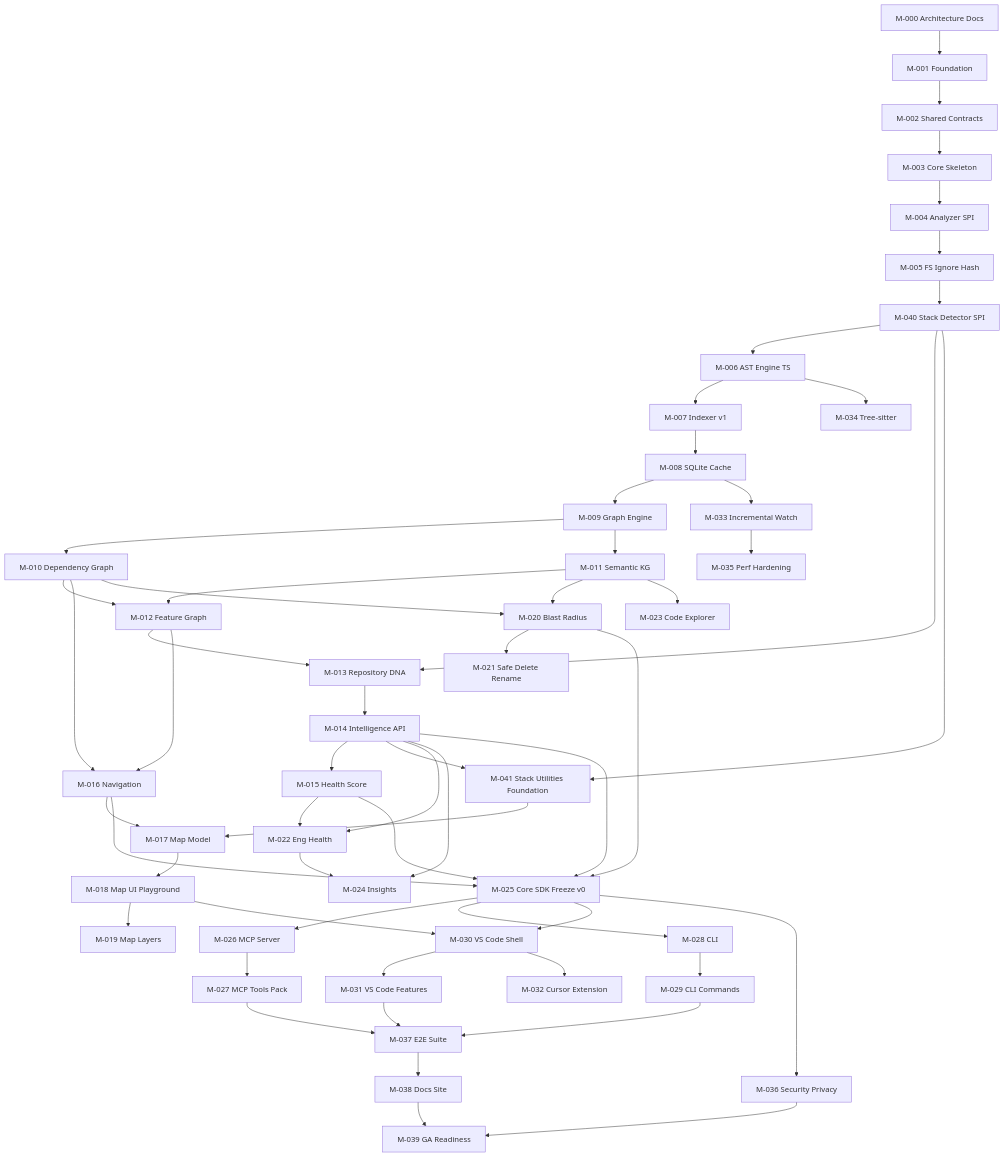
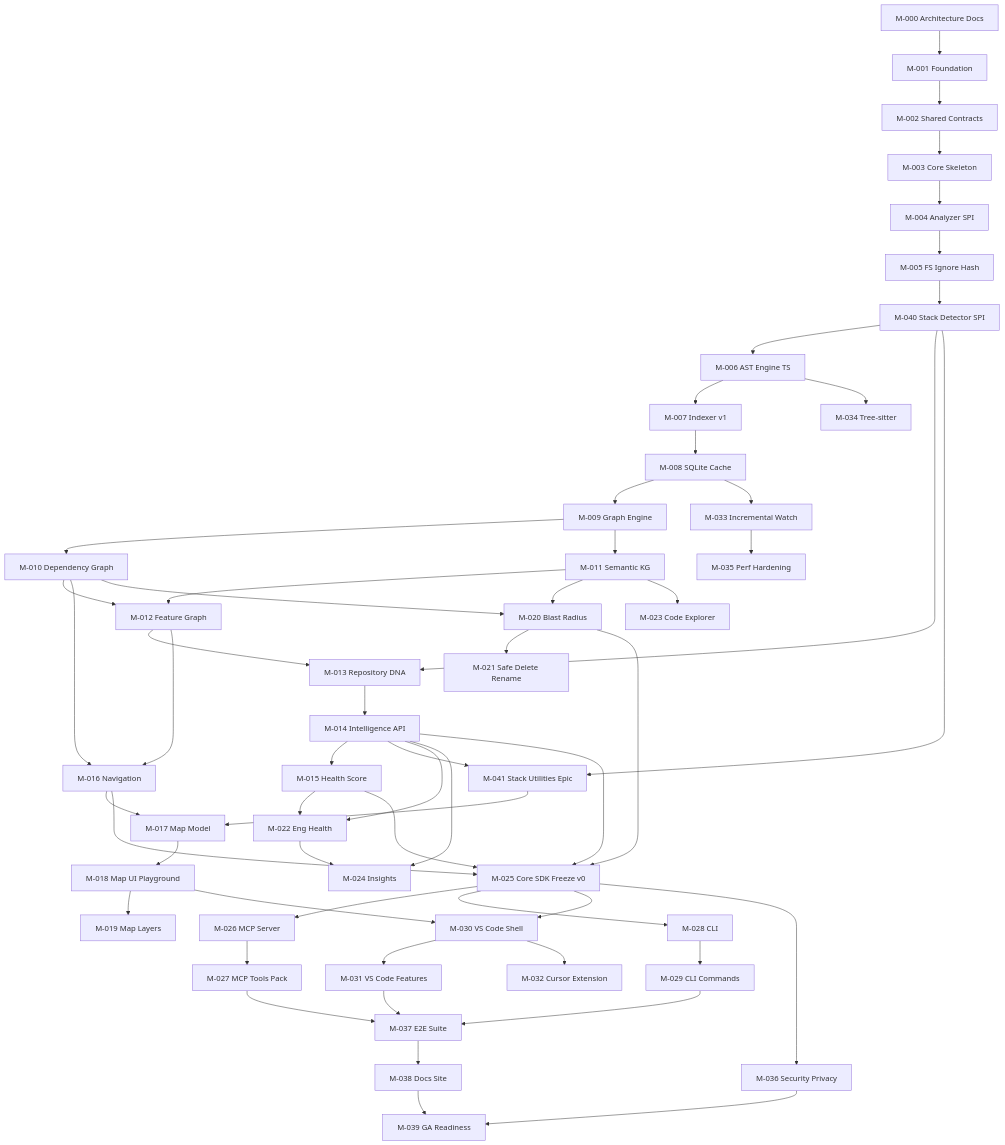
The diagram in plans/00_MASTER_DEVELOPMENT_PLAN.md (Shailesh200/prism), drawn with Mermaid before and after one commit. The commit also changed other lines of this file and 5 other files, not shown here.

First line of the commit message:
Expand M-041 into full stack-utilities epic with monorepo support.

````diff
--- a/plans/00_MASTER_DEVELOPMENT_PLAN.md
+++ b/plans/00_MASTER_DEVELOPMENT_PLAN.md
@@ -386,59 +386,59 @@
 ```mermaid
 flowchart TD
   M000[M-000 Architecture Docs] --> M001[M-001 Foundation]
   M001 --> M002[M-002 Shared Contracts]
   M002 --> M003[M-003 Core Skeleton]
   M003 --> M004[M-004 Analyzer SPI]
   M004 --> M005[M-005 FS Ignore Hash]
   M005 --> M040[M-040 Stack Detector SPI]
   M040 --> M006[M-006 AST Engine TS]
   M006 --> M007[M-007 Indexer v1]
   M007 --> M008[M-008 SQLite Cache]
   M008 --> M009[M-009 Graph Engine]
   M009 --> M010[M-010 Dependency Graph]
   M009 --> M011[M-011 Semantic KG]
   M010 --> M012[M-012 Feature Graph]
   M011 --> M012
   M012 --> M013[M-013 Repository DNA]
   M040 --> M013
   M013 --> M014[M-014 Intelligence API]
   M014 --> M015[M-015 Health Score]
   M010 --> M016[M-016 Navigation]
   M012 --> M016
-  M014 --> M041[M-041 Stack Utilities Foundation]
+  M014 --> M041[M-041 Stack Utilities Epic]
   M040 --> M041
   M016 --> M017[M-017 Map Model]
   M041 --> M017
   M017 --> M018[M-018 Map UI Playground]
   M018 --> M019[M-019 Map Layers]
   M010 --> M020[M-020 Blast Radius]
   M011 --> M020
   M020 --> M021[M-021 Safe Delete Rename]
   M014 --> M022[M-022 Eng Health]
   M015 --> M022
   M011 --> M023[M-023 Code Explorer]
   M014 --> M024[M-024 Insights]
   M022 --> M024
   M014 --> M025[M-025 Core SDK Freeze v0]
   M015 --> M025
   M016 --> M025
   M020 --> M025
   M025 --> M026[M-026 MCP Server]
   M025 --> M028[M-028 CLI]
   M026 --> M027[M-027 MCP Tools Pack]
   M028 --> M029[M-029 CLI Commands]
   M018 --> M030[M-030 VS Code Shell]
   M025 --> M030
   M030 --> M031[M-031 VS Code Features]
   M030 --> M032[M-032 Cursor Extension]
   M008 --> M033[M-033 Incremental Watch]
   M006 --> M034[M-034 Tree-sitter]
   M033 --> M035[M-035 Perf Hardening]
   M025 --> M036[M-036 Security Privacy]
   M031 --> M037[M-037 E2E Suite]
   M027 --> M037
   M029 --> M037
   M037 --> M038[M-038 Docs Site]
   M036 --> M039[M-039 GA Readiness]
   M038 --> M039
 ```
````
